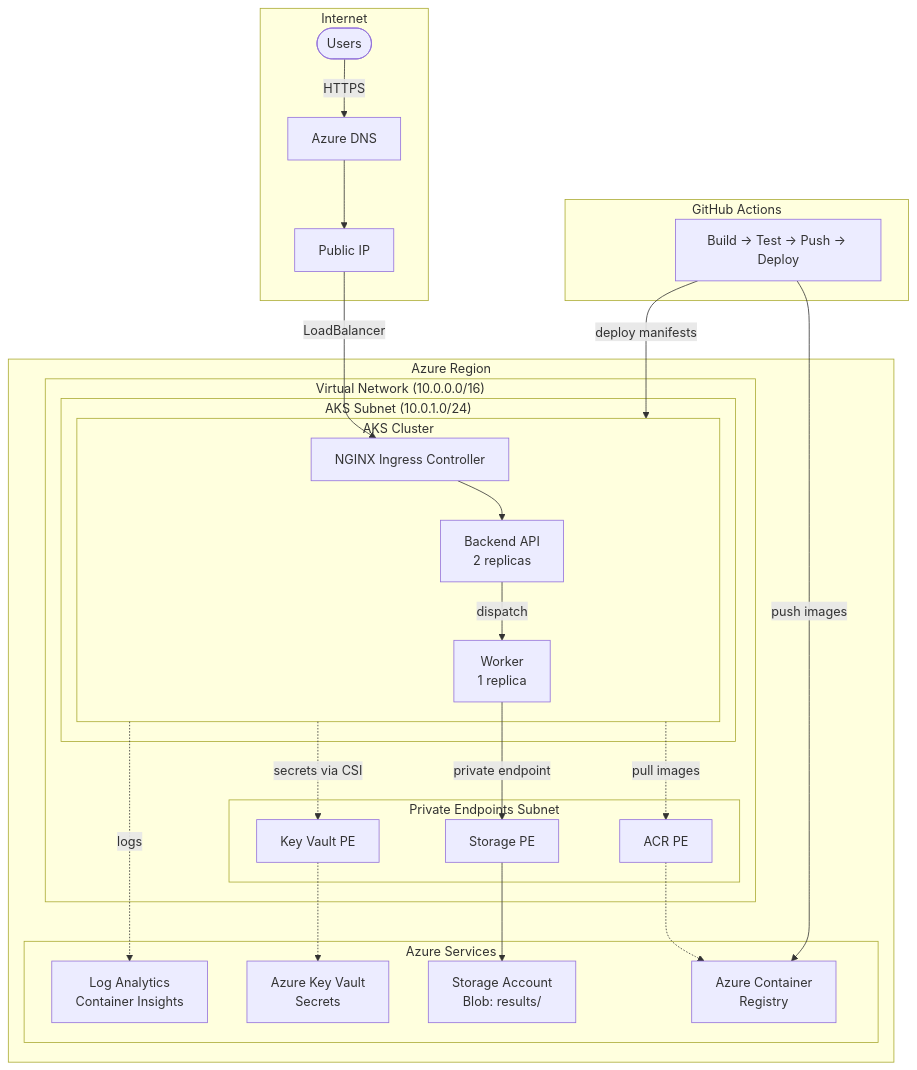
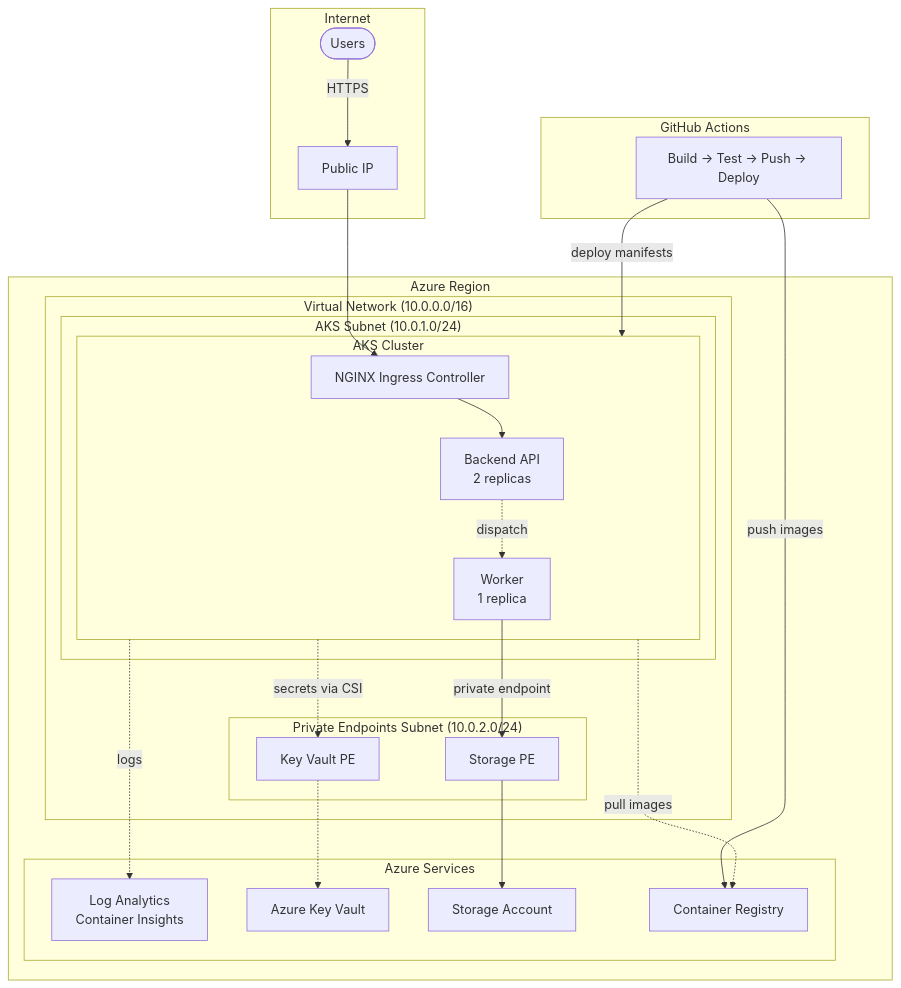
The diagram in README.md (Azevedoc/aks_devops_challenge), drawn with Mermaid before and after one commit. The commit also changed other lines of this file and 1 other file, not shown here.

````diff
--- a/README.md
+++ b/README.md
@@ -9,53 +9,49 @@
 ```mermaid
 flowchart TB
     subgraph Internet
         Users([Users])
-        DNS[Azure DNS]
         PIP[Public IP]
     end
 
     subgraph Azure["Azure Region"]
         subgraph VNet["Virtual Network (10.0.0.0/16)"]
             subgraph AKSSubnet["AKS Subnet (10.0.1.0/24)"]
                 subgraph AKS["AKS Cluster"]
                     Ingress[NGINX Ingress Controller]
                     API[Backend API<br/>2 replicas]
                     Worker[Worker<br/>1 replica]
                 end
             end
-            subgraph PESubnet["Private Endpoints Subnet"]
+            subgraph PESubnet["Private Endpoints Subnet (10.0.2.0/24)"]
                 PE_Storage[Storage PE]
                 PE_KV[Key Vault PE]
-                PE_ACR[ACR PE]
             end
         end
 
         subgraph Services["Azure Services"]
             LogAnalytics[Log Analytics<br/>Container Insights]
-            KeyVault[Azure Key Vault<br/>Secrets]
-            Storage[Storage Account<br/>Blob: results/]
-            ACR[Azure Container<br/>Registry]
+            KeyVault[Azure Key Vault]
+            Storage[Storage Account]
+            ACR[Container Registry]
         end
     end
 
     subgraph CICD["GitHub Actions"]
         Pipeline[Build → Test → Push → Deploy]
     end
 
-    Users -->|HTTPS| DNS
-    DNS --> PIP
-    PIP -->|LoadBalancer| Ingress
+    Users -->|HTTPS| PIP
+    PIP --> Ingress
     Ingress --> API
-    API -->|dispatch| Worker
+    API -.->|dispatch| Worker
     Worker -->|private endpoint| PE_Storage
     PE_Storage --> Storage
 
     AKS -.->|logs| LogAnalytics
     AKS -.->|secrets via CSI| PE_KV
     PE_KV -.-> KeyVault
-    AKS -.->|pull images| PE_ACR
-    PE_ACR -.-> ACR
+    AKS -.->|pull images| ACR
 
     Pipeline -->|push images| ACR
     Pipeline -->|deploy manifests| AKS
 ```
````
